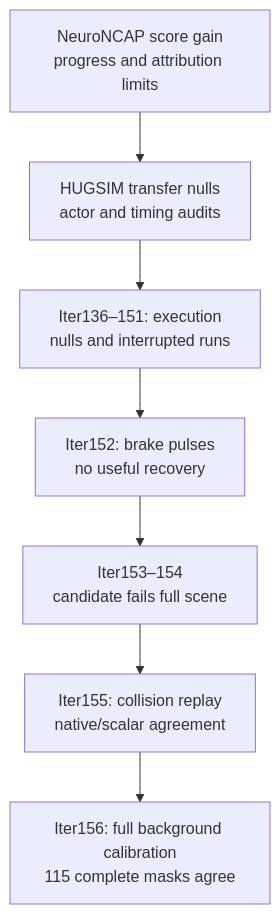
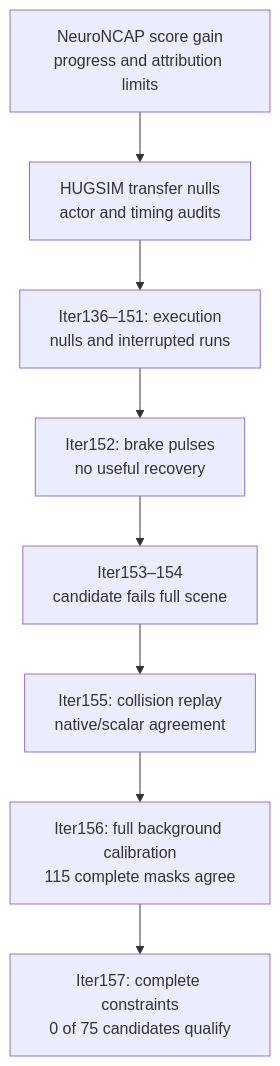
The second of 3 diagrams in README.md (manfromnowhere143/sentinel), drawn with Mermaid before and after one commit. The commit also changed other lines of this file and 33 other files, not shown here.

````diff
--- a/README.md
+++ b/README.md
@@ -227,11 +227,12 @@
 ```mermaid
 flowchart TB
   accTitle: How the evidence changed the research question
   accDescr: Benchmark gains and transfer nulls lead to recovery tests, a failed model candidate, and a verified background collision witness.
   N["NeuroNCAP score gain<br/>progress and attribution limits"] --> T["HUGSIM transfer nulls<br/>actor and timing audits"]
   T --> E["Iter136–151: execution<br/>nulls and interrupted runs"]
   E --> P["Iter152: brake pulses<br/>no useful recovery"]
   P --> M["Iter153–154<br/>candidate fails full scene"]
   M --> W["Iter155: collision replay<br/>native/scalar agreement"]
   W --> C["Iter156: full background calibration<br/>115 complete masks agree"]
+  C --> L["Iter157: complete constraints<br/>0 of 75 candidates qualify"]
 ```
````
